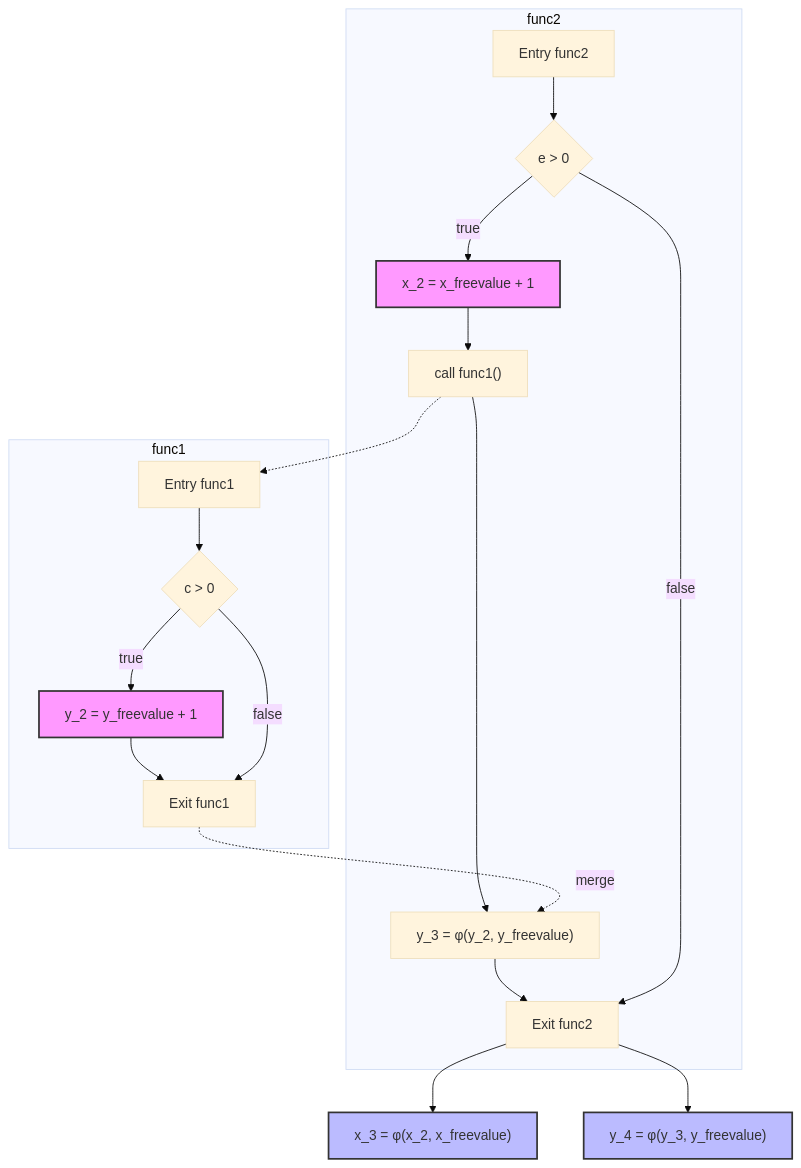
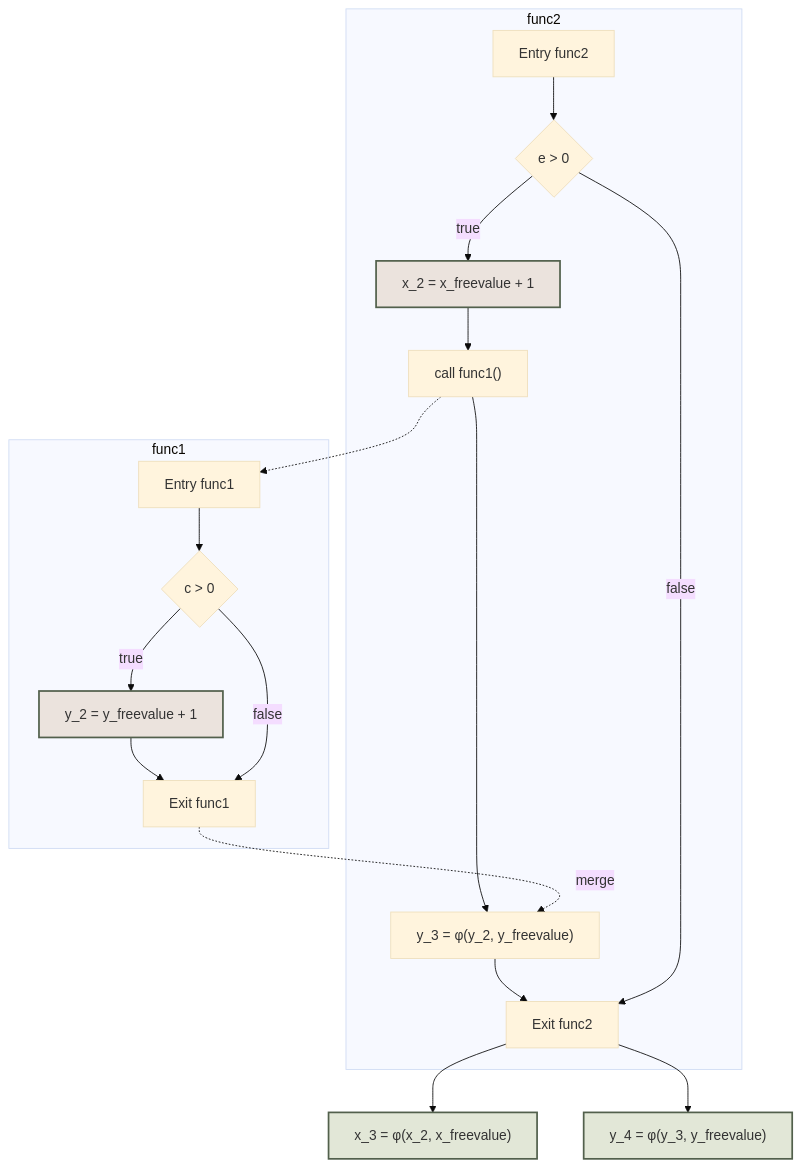
Before and after one commit to yaklang/ssa.to: the seventh of 7 diagrams in static-analysis-guide/deep-dive-into-ssa-closure.mdx, drawn with Mermaid (base theme). The commit also changed other lines of this file and 91 other files, not shown here.

````diff
--- a/static-analysis-guide/deep-dive-into-ssa-closure.mdx
+++ b/static-analysis-guide/deep-dive-into-ssa-closure.mdx
@@ -1258,44 +1266,44 @@
 ```mermaid
 graph TB
     subgraph "func2" 
         A["Entry func2"]
         B{"e > 0"}
         C["x_2 = x_freevalue + 1"]
         D["call func1()"]
         E["y_3 = φ(y_2, y_freevalue)"]
         F["Exit func2"]
         
         A --> B
         B -->|"true"| C
         C --> D
         D --> E
         E --> F
         B -->|"false"| F
     end
     
     subgraph "func1"
         G["Entry func1"]
         H{"c > 0"}
         I["y_2 = y_freevalue + 1"]
         J["Exit func1"]
         
         G --> H
         H -->|"true"| I
         I --> J
         H -->|"false"| J
     end
     
     K["x_3 = φ(x_2, x_freevalue)"]
     L["y_4 = φ(y_3, y_freevalue)"]
     
     D -.-> G
     J -.->|"merge"| E
     F --> K
     F --> L
     
-    style C fill:#f9f,stroke:#333,stroke-width:2px
-    style I fill:#f9f,stroke:#333,stroke-width:2px
-    style K fill:#bbf,stroke:#333,stroke-width:2px
-    style L fill:#bbf,stroke:#333,stroke-width:2px
+    style C fill:#ebe3dd,stroke:#52604c,stroke-width:2px
+    style I fill:#ebe3dd,stroke:#52604c,stroke-width:2px
+    style K fill:#e2e7d7,stroke:#52604c,stroke-width:2px
+    style L fill:#e2e7d7,stroke:#52604c,stroke-width:2px
 
 ```
````
